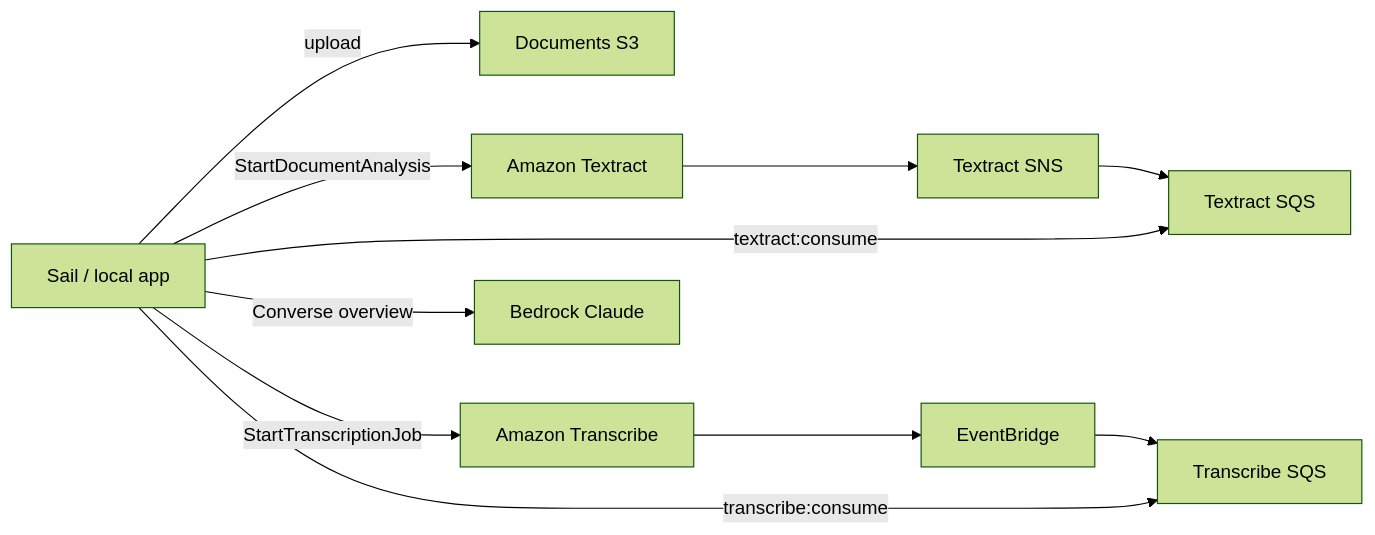
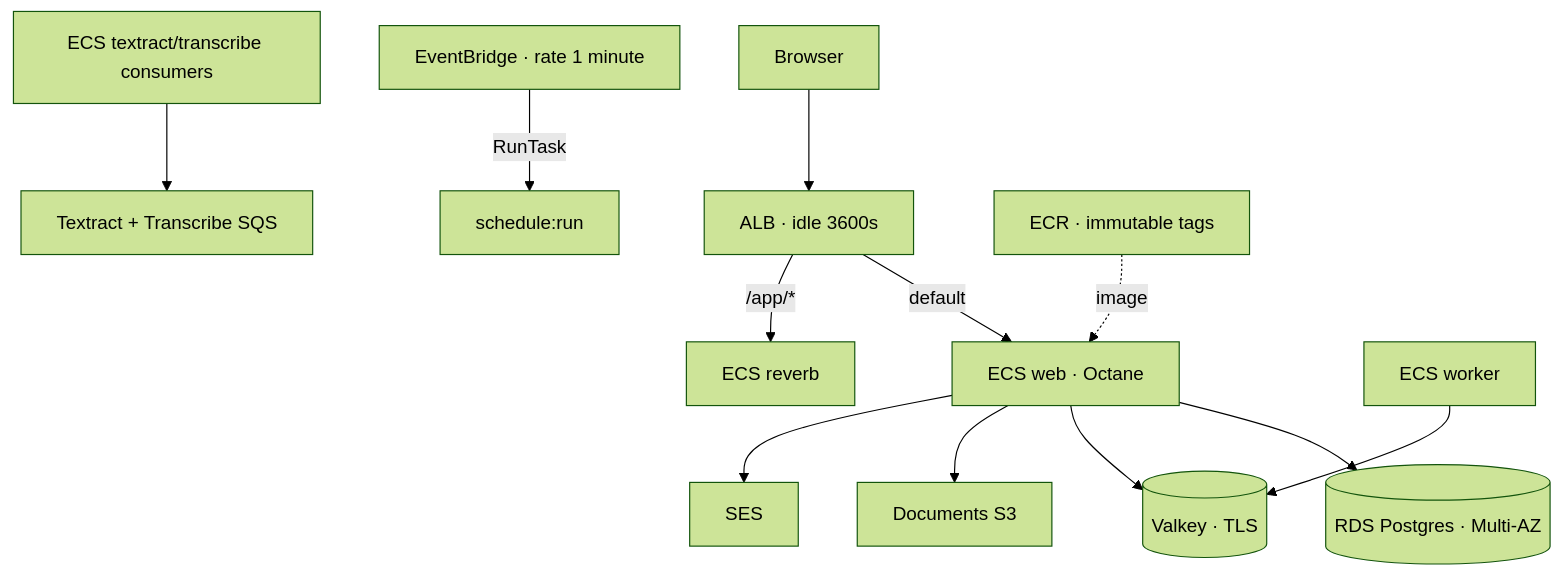
One commit to NielsvanHoof/kadans changed the diagram in apps/platform/infra/README.md. Above: the diagram before and after it, drawn with Mermaid (forest theme). The commit also changed other lines of this file and 47 other files, not shown here.

````diff
--- a/apps/platform/infra/README.md
+++ b/apps/platform/infra/README.md
@@ -19,13 +50,14 @@
 ```mermaid
-flowchart LR
-  Sail[Sail / local app] -->|upload| S3[Documents S3]
-  Sail -->|StartDocumentAnalysis| Textract[Amazon Textract]
-  Textract --> TTopic[Textract SNS]
-  TTopic --> TQueue[Textract SQS]
-  Sail -->|textract:consume| TQueue
-  Sail -->|StartTranscriptionJob| Transcribe[Amazon Transcribe]
-  Transcribe --> EB[EventBridge]
-  EB --> AQueue[Transcribe SQS]
-  Sail -->|transcribe:consume| AQueue
-  Sail -->|Converse overview| Bedrock[Bedrock Claude]
+flowchart TB
+  Client[Browser] --> ALB[ALB · idle 3600s]
+  ALB -->|default| Web[ECS web · Octane]
+  ALB -->|/app/*| Reverb[ECS reverb]
+  Web --> RDS[(RDS Postgres · Multi-AZ)]
+  Web --> Valkey[(Valkey · TLS)]
+  Web --> S3[Documents S3]
+  Worker[ECS worker] --> Valkey
+  Consumers[ECS textract/transcribe consumers] --> SQS[Textract + Transcribe SQS]
+  EB[EventBridge · rate 1 minute] -->|RunTask| Sched[schedule:run]
+  Web --> SES[SES]
+  ECR[ECR · immutable tags] -.image.-> Web
 ```
````
